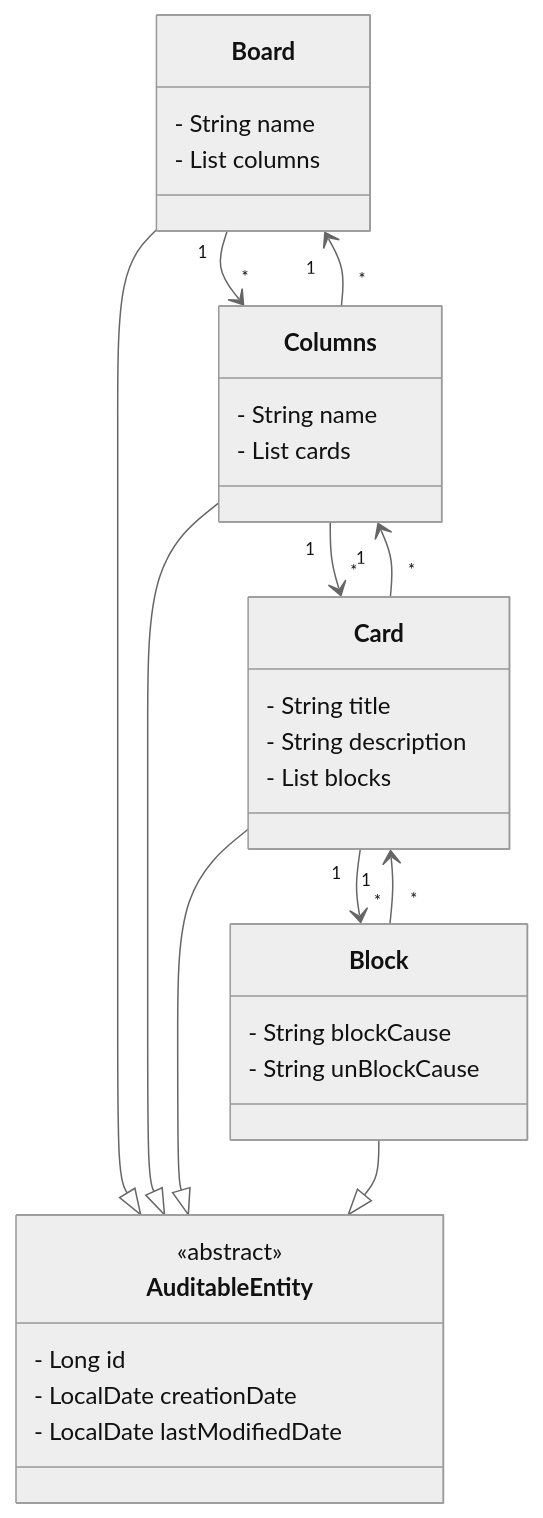
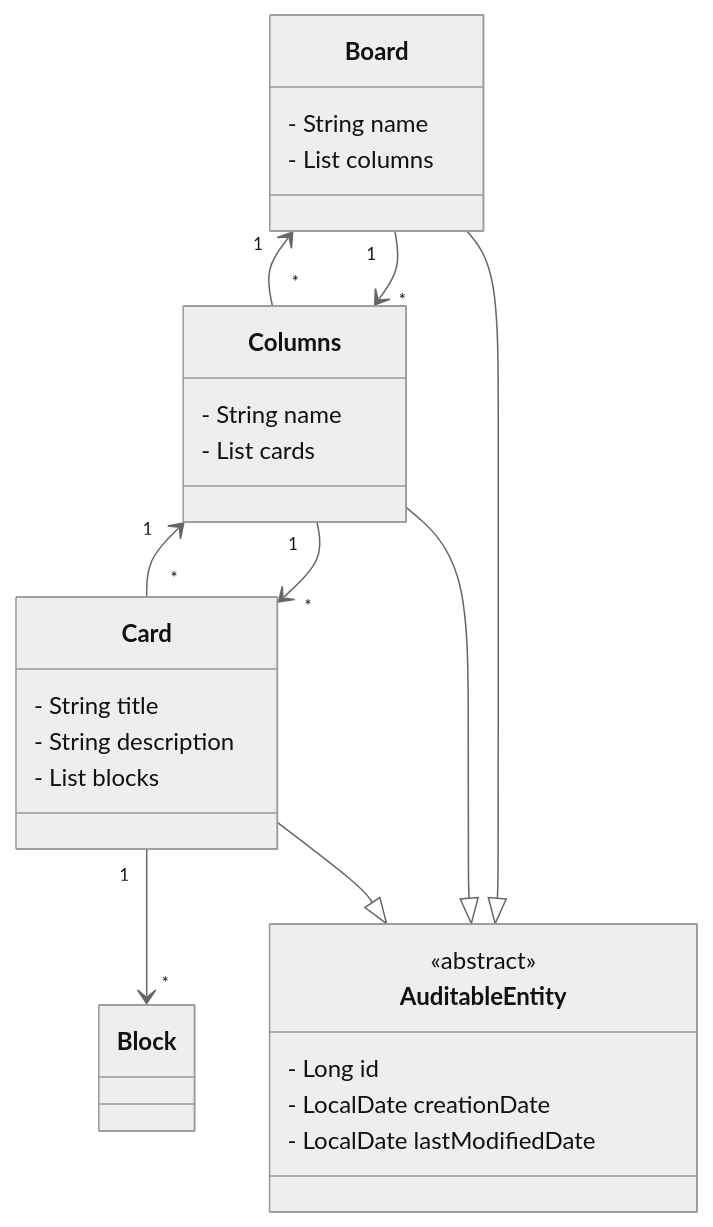
The diagram in README.md (Geovanej7/Java_BoardsDeTarefas), drawn with Mermaid (neutral theme) before and after one commit. The commit also changed other lines of this file, not shown here.

````diff
--- a/README.md
+++ b/README.md
@@ -30,43 +29,36 @@
 ```mermaid
 classDiagram
     class AuditableEntity {
         <<abstract>>
         - Long id
         - LocalDate creationDate
         - LocalDate lastModifiedDate
     }
 
     class Board {
         - String name
         - List<Columns> columns
     }
 
     class Columns {
         - String name
         - List<Card> cards
     }
 
     class Card {
         - String title
         - String description
         - List<Block> blocks
     }
 
-    class Block {
-        - String blockCause
-        - String unBlockCause
-    }
-
     Board "1" --> "*" Columns 
     Columns "1" --> "*" Card 
     Card "1" --> "*" Block 
     Columns "*" --> "1" Board
     Card "*" --> "1" Columns
-    Block "*" --> "1" Card
     
     Board --|> AuditableEntity
     Columns --|> AuditableEntity
     Card --|> AuditableEntity
-    Block --|> AuditableEntity
 
 ```
````
